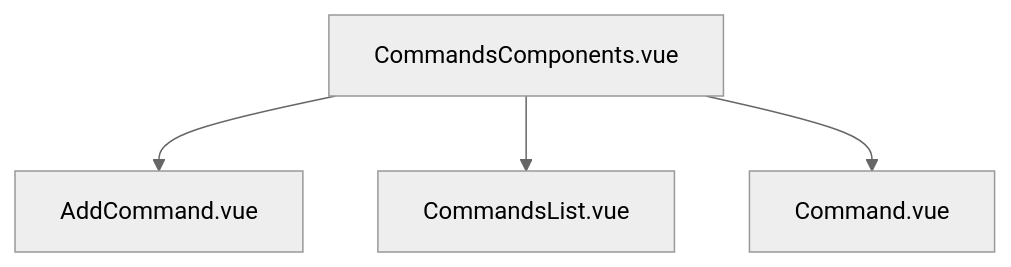
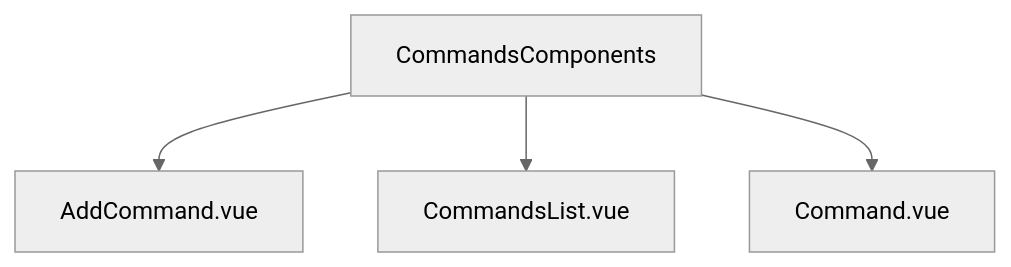
Before and after one commit to martinGM05/client-launchx: the fourth of 5 diagrams in README.md, drawn with Mermaid (neutral theme). The commit also changed other lines of this file, not shown here.

````diff
--- a/README.md
+++ b/README.md
@@ -46,6 +46,6 @@
 ```mermaid
 graph TD;
-    CommandsComponents.vue --> AddCommand.vue;
-    CommandsComponents.vue --> CommandsList.vue;
-    CommandsComponents.vue --> Command.vue;
+    CommandsComponents --> AddCommand.vue;
+    CommandsComponents --> CommandsList.vue;
+    CommandsComponents --> Command.vue;
 ```
````
